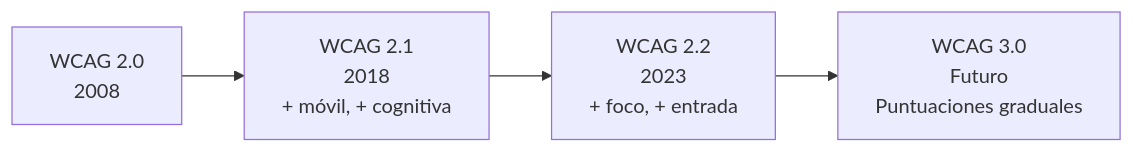
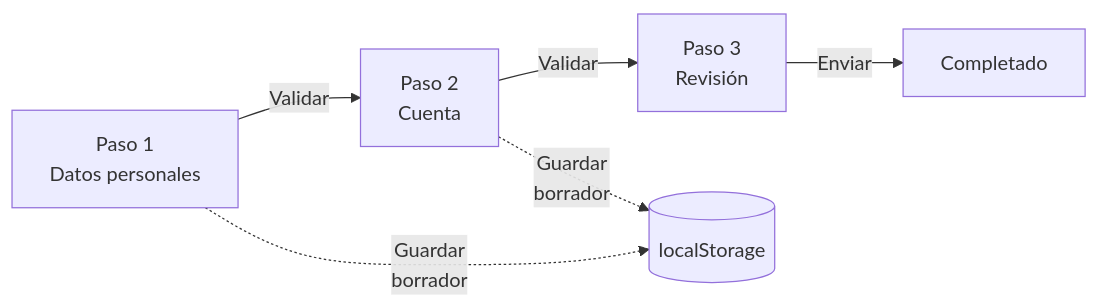
The third of 5 diagrams in unidad-12.md (Jose-Quesada/presentacion-desarrollo-interfaces-26-27), drawn with Mermaid before and after one commit. The commit also changed other lines of this file and 52 other files, not shown here.

````diff
--- a/unidad-12.md
+++ b/unidad-12.md
@@ -70,6 +351,9 @@
-<div class="mermaid">
+```mermaid
 graph LR
-    WCAG2_0[WCAG 2.0<br/>2008] --> WCAG2_1[WCAG 2.1<br/>2018<br/>+ móvil, + cognitiva]
-    WCAG2_1 --> WCAG2_2[WCAG 2.2<br/>2023<br/>+ foco, + entrada]
-    WCAG2_2 --> WCAG3_0[WCAG 3.0<br/>Futuro<br/>Puntuaciones graduales]
-</div>
+    P1[Paso 1<br/>Datos personales] -->|Validar| P2[Paso 2<br/>Cuenta]
+    P2 -->|Validar| P3[Paso 3<br/>Revisión]
+    P3 -->|Enviar| F[Completado]
+    
+    P1 -.->|Guardar<br/>borrador| DB[(localStorage)]
+    P2 -.->|Guardar<br/>borrador| DB
+```
````
